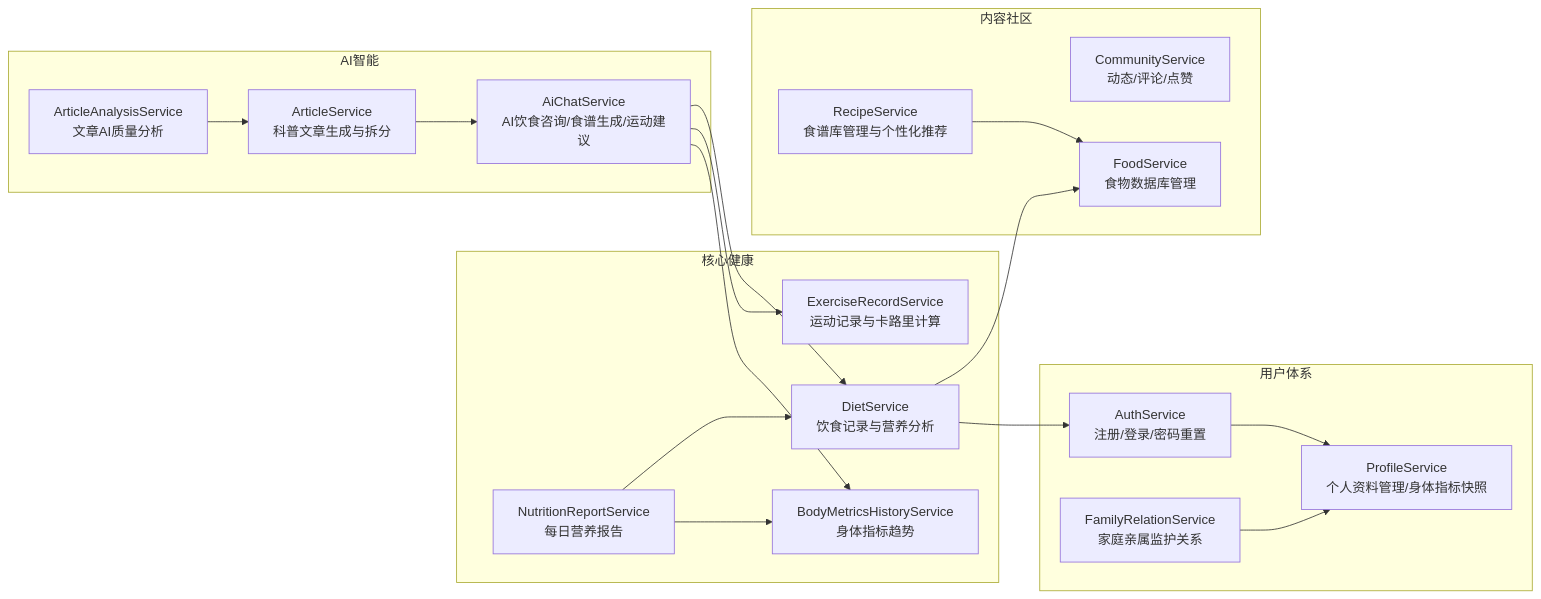
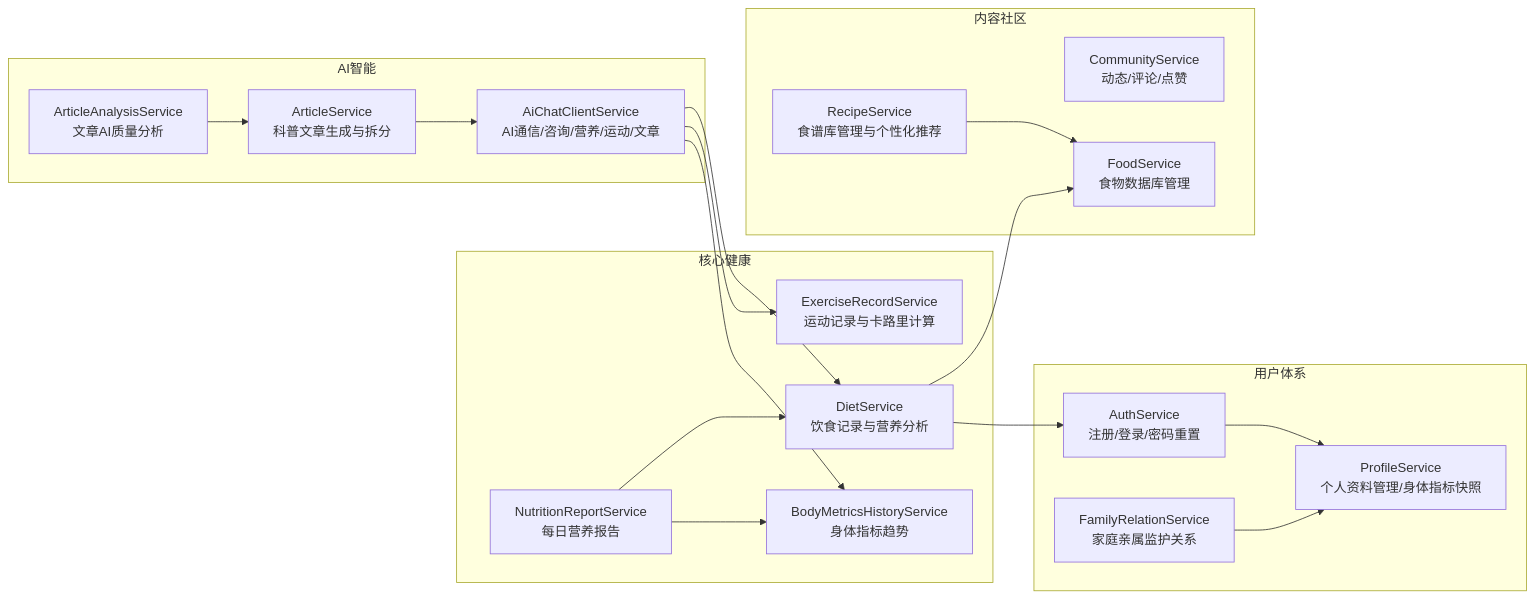
Before and after one commit to wsykt/NutriPro: the second of 6 diagrams in 后端系统架构设计文档.md, drawn with Mermaid. The commit also changed other lines of this file and 4 other files, not shown here.

````diff
--- a/后端系统架构设计文档.md
+++ b/后端系统架构设计文档.md
@@ -139,40 +139,40 @@
 ```mermaid
 graph LR
     subgraph 用户体系
         A[AuthService<br/>注册/登录/密码重置]
         B[ProfileService<br/>个人资料管理/身体指标快照]
         C[FamilyRelationService<br/>家庭亲属监护关系]
     end
 
     subgraph 核心健康
         D[DietService<br/>饮食记录与营养分析]
         E[ExerciseRecordService<br/>运动记录与卡路里计算]
         F[NutritionReportService<br/>每日营养报告]
         G[BodyMetricsHistoryService<br/>身体指标趋势]
     end
 
     subgraph AI智能
-        H[AiChatService<br/>AI饮食咨询/食谱生成/运动建议]
+        H[AiChatClientService<br/>AI通信/咨询/营养/运动/文章]
         I[ArticleService<br/>科普文章生成与拆分]
         J[ArticleAnalysisService<br/>文章AI质量分析]
     end
 
     subgraph 内容社区
         K[RecipeService<br/>食谱库管理与个性化推荐]
         L[CommunityService<br/>动态/评论/点赞]
         M[FoodService<br/>食物数据库管理]
     end
 
     A --> B
     C --> B
     D --> M
     D --> A
     F --> D
     F --> G
     H --> D
     H --> E
     H --> G
     I --> H
     J --> I
     K --> M
 ```
````
